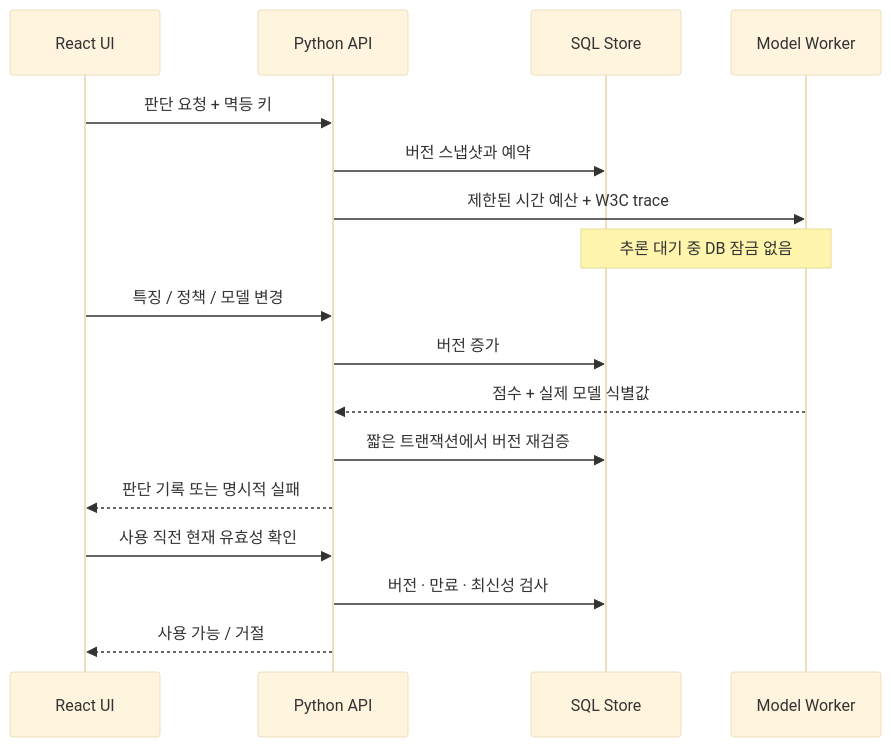
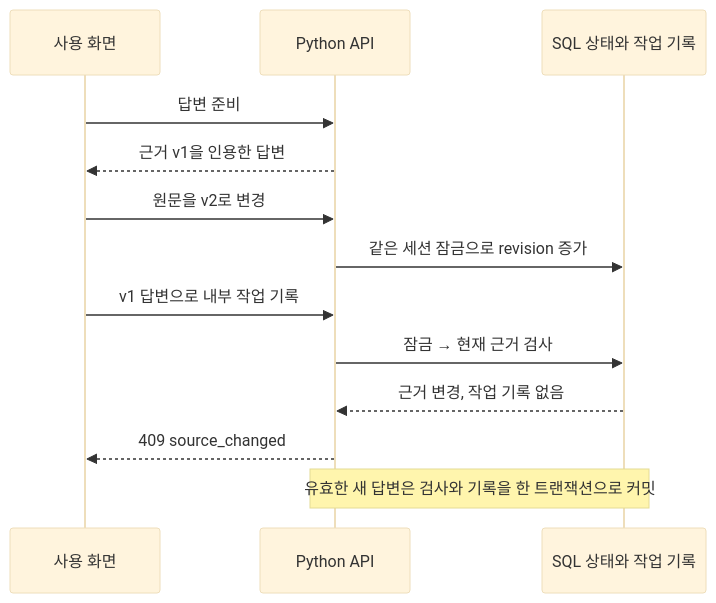
Before and after one commit to sokldjs554/recheck-ml-serving: the diagram in README.md, drawn with Mermaid (base theme). The commit also changed other lines of this file and 44 other files, not shown here.

````diff
--- a/README.md
+++ b/README.md
@@ -47,19 +34,15 @@
 ```mermaid
 sequenceDiagram
-    participant UI as React UI
+    participant UI as 사용 화면
     participant API as Python API
-    participant DB as SQL Store
-    participant ML as Model Worker
-    UI->>API: 판단 요청 + 멱등 키
-    API->>DB: 버전 스냅샷과 예약
-    API->>ML: 제한된 시간 예산 + W3C trace
-    Note over DB,ML: 추론 대기 중 DB 잠금 없음
-    UI->>API: 특징 / 정책 / 모델 변경
-    API->>DB: 버전 증가
-    ML-->>API: 점수 + 실제 모델 식별값
-    API->>DB: 짧은 트랜잭션에서 버전 재검증
-    API-->>UI: 판단 기록 또는 명시적 실패
-    UI->>API: 사용 직전 현재 유효성 확인
-    API->>DB: 버전 · 만료 · 최신성 검사
-    API-->>UI: 사용 가능 / 거절
+    participant DB as SQL 상태와 작업 기록
+    UI->>API: 답변 준비
+    API-->>UI: 근거 v1을 인용한 답변
+    UI->>API: 원문을 v2로 변경
+    API->>DB: 같은 세션 잠금으로 revision 증가
+    UI->>API: v1 답변으로 내부 작업 기록
+    API->>DB: 잠금 → 현재 근거 검사
+    DB-->>API: 근거 변경, 작업 기록 없음
+    API-->>UI: 409 source_changed
+    Note over API,DB: 유효한 새 답변은 검사와 기록을 한 트랜잭션으로 커밋
 ```
````
